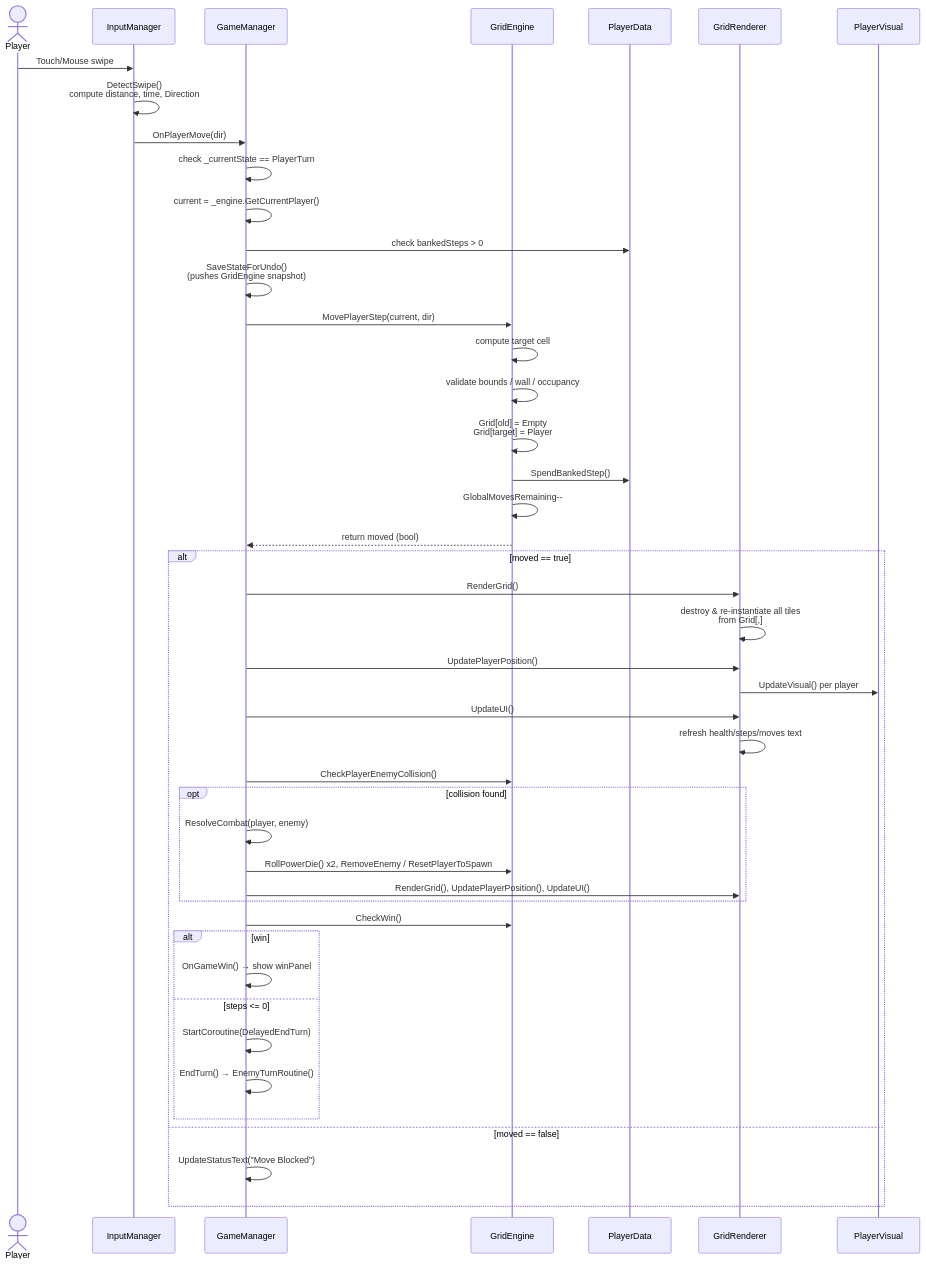
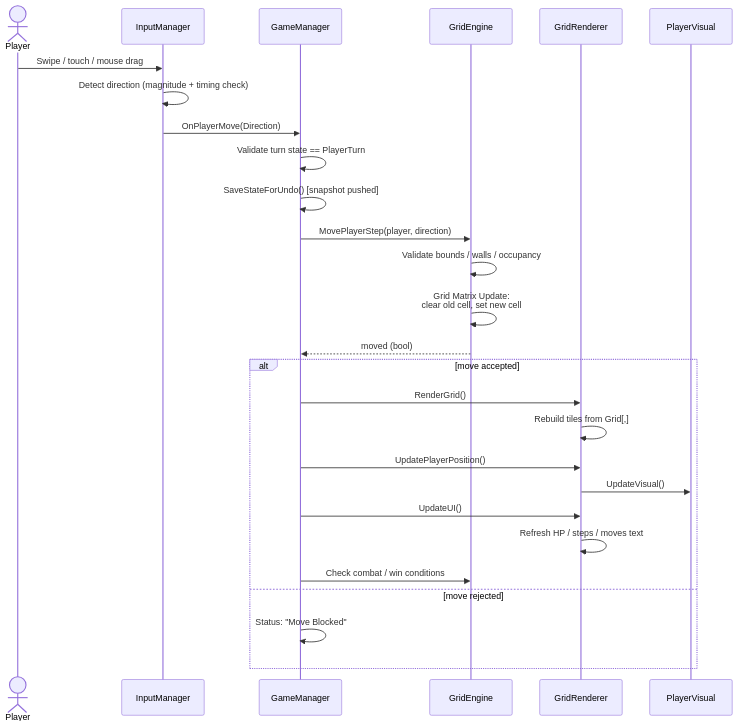
One commit to ak3311g/capsitech changed the second of 2 diagrams in architecture.md. Above: the diagram before and after it, drawn with Mermaid. The commit also changed other lines of this file and 4 other files, not shown here.

````diff
--- a/architecture.md
+++ b/architecture.md
@@ -85,53 +107,32 @@
 ```mermaid
 sequenceDiagram
     actor Player
     participant IM as InputManager
     participant GM as GameManager
     participant GE as GridEngine
-    participant PD as PlayerData
     participant GR as GridRenderer
     participant PV as PlayerVisual
 
-    Player->>IM: Touch/Mouse swipe
-    IM->>IM: DetectSwipe()<br/>compute distance, time, Direction
-    IM->>GM: OnPlayerMove(dir)
+    Player->>IM: Swipe / touch / mouse drag
+    IM->>IM: Detect direction (magnitude + timing check)
+    IM->>GM: OnPlayerMove(Direction)
 
-    GM->>GM: check _currentState == PlayerTurn
-    GM->>GM: current = _engine.GetCurrentPlayer()
-    GM->>PD: check bankedSteps > 0
-    GM->>GM: SaveStateForUndo()<br/>(pushes GridEngine snapshot)
+    GM->>GM: Validate turn state == PlayerTurn
+    GM->>GM: SaveStateForUndo() [snapshot pushed]
+    GM->>GE: MovePlayerStep(player, direction)
+    GE->>GE: Validate bounds / walls / occupancy
+    GE->>GE: Grid Matrix Update:<br/>clear old cell, set new cell
+    GE-->>GM: moved (bool)
 
-    GM->>GE: MovePlayerStep(current, dir)
-    GE->>GE: compute target cell
-    GE->>GE: validate bounds / wall / occupancy
-    GE->>GE: Grid[old] = Empty<br/>Grid[target] = Player
-    GE->>PD: SpendBankedStep()
-    GE->>GE: GlobalMovesRemaining--
-    GE-->>GM: return moved (bool)
-
-    alt moved == true
+    alt move accepted
         GM->>GR: RenderGrid()
-        GR->>GR: destroy & re-instantiate all tiles<br/>from Grid[,]
+        GR->>GR: Rebuild tiles from Grid[,]
         GM->>GR: UpdatePlayerPosition()
-        GR->>PV: UpdateVisual() per player
+        GR->>PV: UpdateVisual()
         GM->>GR: UpdateUI()
-        GR->>GR: refresh health/steps/moves text
-
-        GM->>GE: CheckPlayerEnemyCollision()
-        opt collision found
-            GM->>GM: ResolveCombat(player, enemy)
-            GM->>GE: RollPowerDie() x2, RemoveEnemy / ResetPlayerToSpawn
-            GM->>GR: RenderGrid(), UpdatePlayerPosition(), UpdateUI()
-        end
-
-        GM->>GE: CheckWin()
-        alt win
-            GM->>GM: OnGameWin() → show winPanel
-        else steps <= 0
-            GM->>GM: StartCoroutine(DelayedEndTurn)
-            GM->>GM: EndTurn() → EnemyTurnRoutine()
-        end
-    else moved == false
-        GM->>GM: UpdateStatusText("Move Blocked")
+        GR->>GR: Refresh HP / steps / moves text
+        GM->>GE: Check combat / win conditions
+    else move rejected
+        GM->>GM: Status: "Move Blocked"
     end
 ```
````
